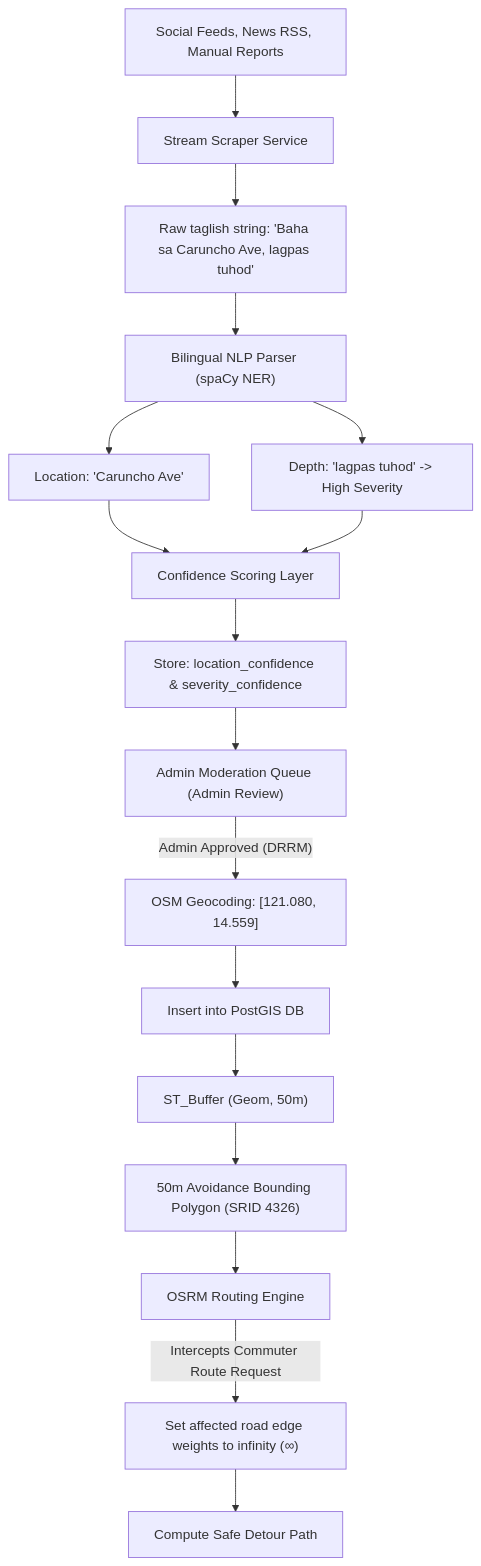
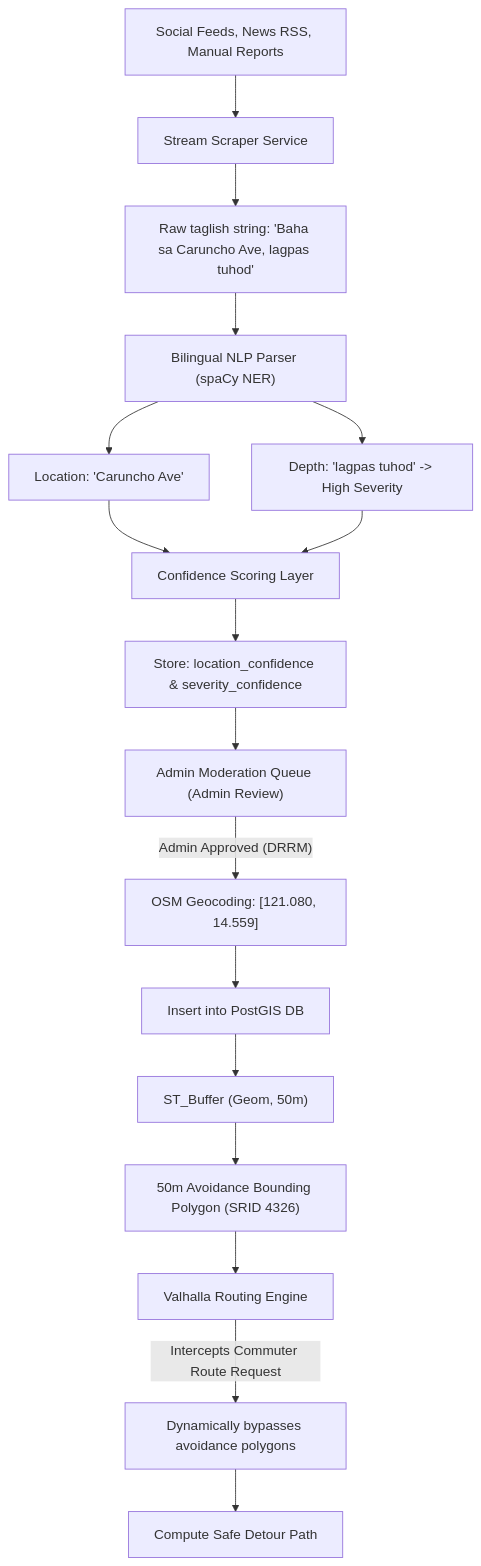
Before and after one commit to roicambe/LANES: the third of 4 diagrams in DESIGN.md, drawn with Mermaid. The commit also changed other lines of this file and 21 other files, not shown here.

First line of the commit message:
feat(routing,map): migrate to valhalla for dynamic flood avoidance

````diff
--- a/DESIGN.md
+++ b/DESIGN.md
@@ -125,29 +125,29 @@
 ```mermaid
 flowchart TD
     %% Source Ingestion
     In[Social Feeds, News RSS, Manual Reports] --> Scraper[Stream Scraper Service]
     Scraper --> RawText["Raw taglish string: 'Baha sa Caruncho Ave, lagpas tuhod'"]
     
     %% NLP Pipeline
     RawText --> NLP["Bilingual NLP Parser (spaCy NER)"]
     NLP --> LocationEntity["Location: 'Caruncho Ave'"]
     NLP --> SeverityEntity["Depth: 'lagpas tuhod' -> High Severity"]
     
     %% NLP Confidence Layer
     LocationEntity & SeverityEntity --> Confidence["Confidence Scoring Layer"]
     Confidence --> StoredConfidence["Store: location_confidence & severity_confidence"]
     
     %% Moderation & Database
     StoredConfidence --> Queue["Admin Moderation Queue (Admin Review)"]
     Queue -- "Admin Approved (DRRM)" --> Geocode["OSM Geocoding: [121.080, 14.559]"]
     Geocode --> DBInsert["Insert into PostGIS DB"]
     
     %% Spatial Buffer
     DBInsert --> Buffer["ST_Buffer (Geom, 50m)"]
     Buffer --> Polygon["50m Avoidance Bounding Polygon (SRID 4326)"]
     
     %% Routing Engine
-    Polygon --> Router["OSRM Routing Engine"]
-    Router -- "Intercepts Commuter Route Request" --> Weight["Set affected road edge weights to infinity (∞)"]
+    Polygon --> Router["Valhalla Routing Engine"]
+    Router -- "Intercepts Commuter Route Request" --> Weight["Dynamically bypasses avoidance polygons"]
     Weight --> RouteCalculated["Compute Safe Detour Path"]
 ```
````
